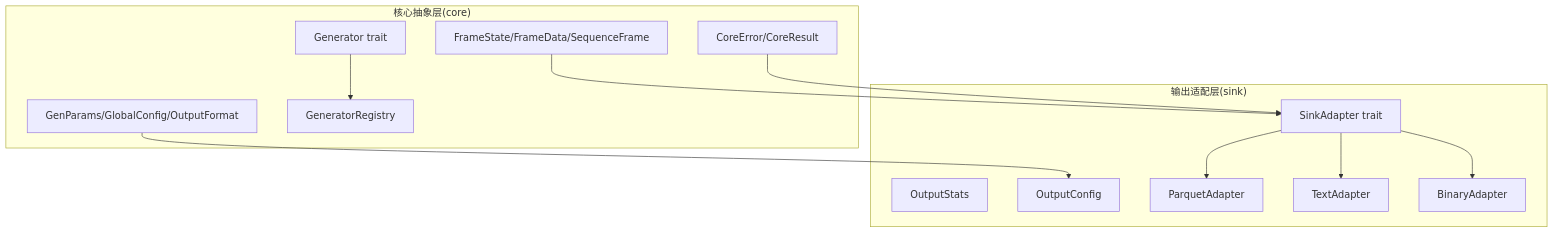
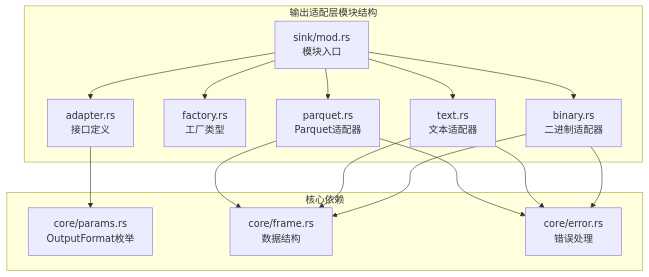
The first of 7 diagrams in .qoder/repowiki/zh/content/输出适配层/输出适配层.md (shiyukonghui/StructGen-rs), drawn with Mermaid before and after one commit. The commit also changed other lines of this file and 8 other files, not shown here.

````diff
--- a/.qoder/repowiki/zh/content/输出适配层/输出适配层.md
+++ b/.qoder/repowiki/zh/content/输出适配层/输出适配层.md
@@ -36,25 +48,28 @@
 ```mermaid
 graph TB
-subgraph "核心抽象层(core)"
-CORE_FRAME["FrameState/FrameData/SequenceFrame"]
-CORE_PARAMS["GenParams/GlobalConfig/OutputFormat"]
-CORE_ERROR["CoreError/CoreResult"]
-CORE_GENERATOR["Generator trait"]
-CORE_REGISTRY["GeneratorRegistry"]
+subgraph "输出适配层模块结构"
+SINK_MOD["sink/mod.rs<br/>模块入口"]
+SINK_ADAPTER["adapter.rs<br/>接口定义"]
+SINK_FACTORY["factory.rs<br/>工厂类型"]
+SINK_PARQUET["parquet.rs<br/>Parquet适配器"]
+SINK_TEXT["text.rs<br/>文本适配器"]
+SINK_BINARY["binary.rs<br/>二进制适配器"]
 end
-subgraph "输出适配层(sink)"
-SINK_ADAPTER["SinkAdapter trait"]
-SINK_STATS["OutputStats"]
-SINK_CONFIG["OutputConfig"]
-SINK_PARQUET["ParquetAdapter"]
-SINK_TEXT["TextAdapter"]
-SINK_BINARY["BinaryAdapter"]
+subgraph "核心依赖"
+CORE_PARAMS["core/params.rs<br/>OutputFormat枚举"]
+CORE_FRAME["core/frame.rs<br/>数据结构"]
+CORE_ERROR["core/error.rs<br/>错误处理"]
 end
-CORE_FRAME --> SINK_ADAPTER
-CORE_PARAMS --> SINK_CONFIG
-CORE_ERROR --> SINK_ADAPTER
-CORE_GENERATOR --> CORE_REGISTRY
-SINK_ADAPTER --> SINK_PARQUET
-SINK_ADAPTER --> SINK_TEXT
-SINK_ADAPTER --> SINK_BINARY
+SINK_MOD --> SINK_ADAPTER
+SINK_MOD --> SINK_FACTORY
+SINK_MOD --> SINK_PARQUET
+SINK_MOD --> SINK_TEXT
+SINK_MOD --> SINK_BINARY
+SINK_ADAPTER --> CORE_PARAMS
+SINK_PARQUET --> CORE_FRAME
+SINK_TEXT --> CORE_FRAME
+SINK_BINARY --> CORE_FRAME
+SINK_PARQUET --> CORE_ERROR
+SINK_TEXT --> CORE_ERROR
+SINK_BINARY --> CORE_ERROR
 ```
````
